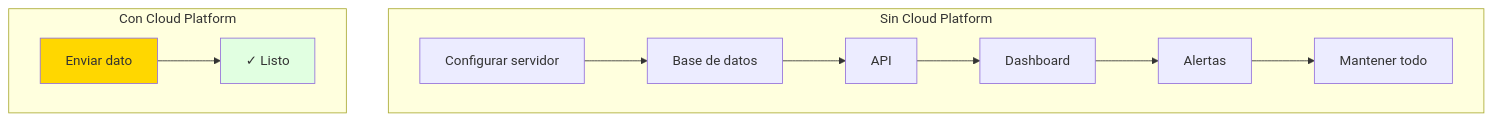
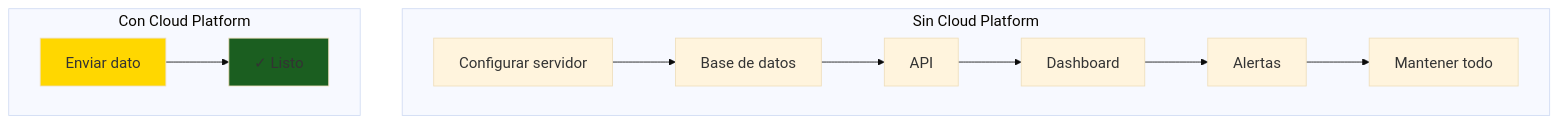
The sixth of 14 diagrams in courses/🟡-development/FPUNA-2026/02-ELECTRONICA-AUTOMATIZACION/05-iot-visualizacion-datos.md (Ai-Whisperers/Courses-Content), drawn with Mermaid before and after one commit. The commit also changed other lines of this file and 47 other files, not shown here.

First line of the commit message:
fix: Make all 473 diagrams WCAG AAA accessible (FPUNA-2026)

````diff
--- a/courses/🟡-development/FPUNA-2026/02-ELECTRONICA-AUTOMATIZACION/05-iot-visualizacion-datos.md
+++ b/courses/🟡-development/FPUNA-2026/02-ELECTRONICA-AUTOMATIZACION/05-iot-visualizacion-datos.md
@@ -277,17 +282,18 @@
 ```mermaid
+%%{init: {'theme':'base', 'themeVariables': {'fontSize':'18px'}}}%%
 graph TD
     subgraph "Sin Cloud Platform"
         A1[Configurar servidor] --> B1[Base de datos]
         B1 --> C1[API]
         C1 --> D1[Dashboard]
         D1 --> E1[Alertas]
         E1 --> F1[Mantener todo]
     end
     
     subgraph "Con Cloud Platform"
         A2[Enviar dato] --> B2[✓ Listo]
     end
     
     style A2 fill:#FFD700
-    style B2 fill:#E1FFE1
+    style B2 fill:#1b5e20
 ```
````
